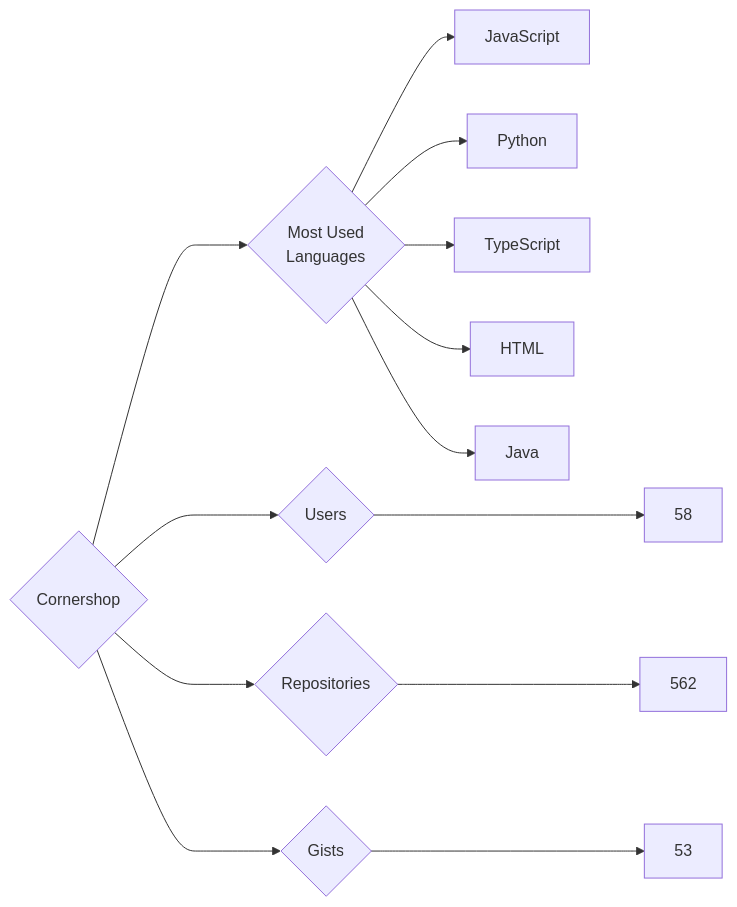
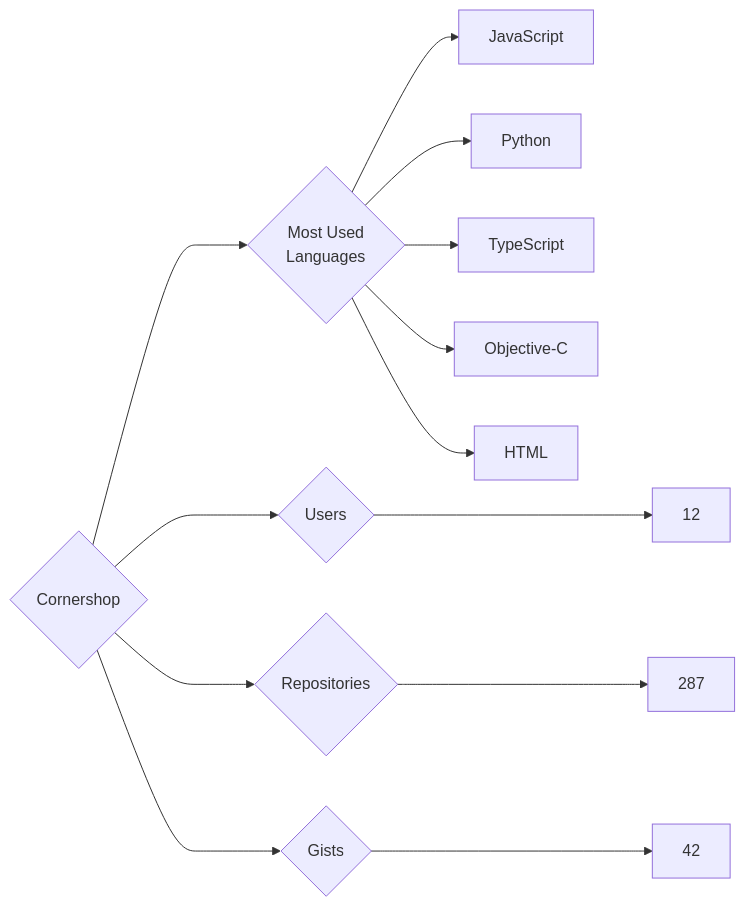
Before and after one commit to trickest/insiders: the diagram in targets/Cornershop/README.md, drawn with Mermaid. The commit also changed 714 other files, not shown here.

````diff
--- a/targets/Cornershop/README.md
+++ b/targets/Cornershop/README.md
@@ -3,13 +3,13 @@
 ```mermaid
 graph LR
 COMPANY_NAME{Cornershop}
-COMPANY_NAME ---> U{Users} ---> UN[58]
-COMPANY_NAME ---> R{Repositories} ---> RN[562]
-COMPANY_NAME ---> G{Gists} ---> GN[53]
+COMPANY_NAME ---> U{Users} ---> UN[12]
+COMPANY_NAME ---> R{Repositories} ---> RN[287]
+COMPANY_NAME ---> G{Gists} ---> GN[42]
 COMPANY_NAME ---> ML{Most Used<br>Languages}
 ML --> JavaScript[JavaScript]
 ML --> Python[Python]
 ML --> TypeScript[TypeScript]
+ML --> Objective-C[Objective-C]
 ML --> HTML[HTML]
-ML --> Java[Java]
 ```
````
